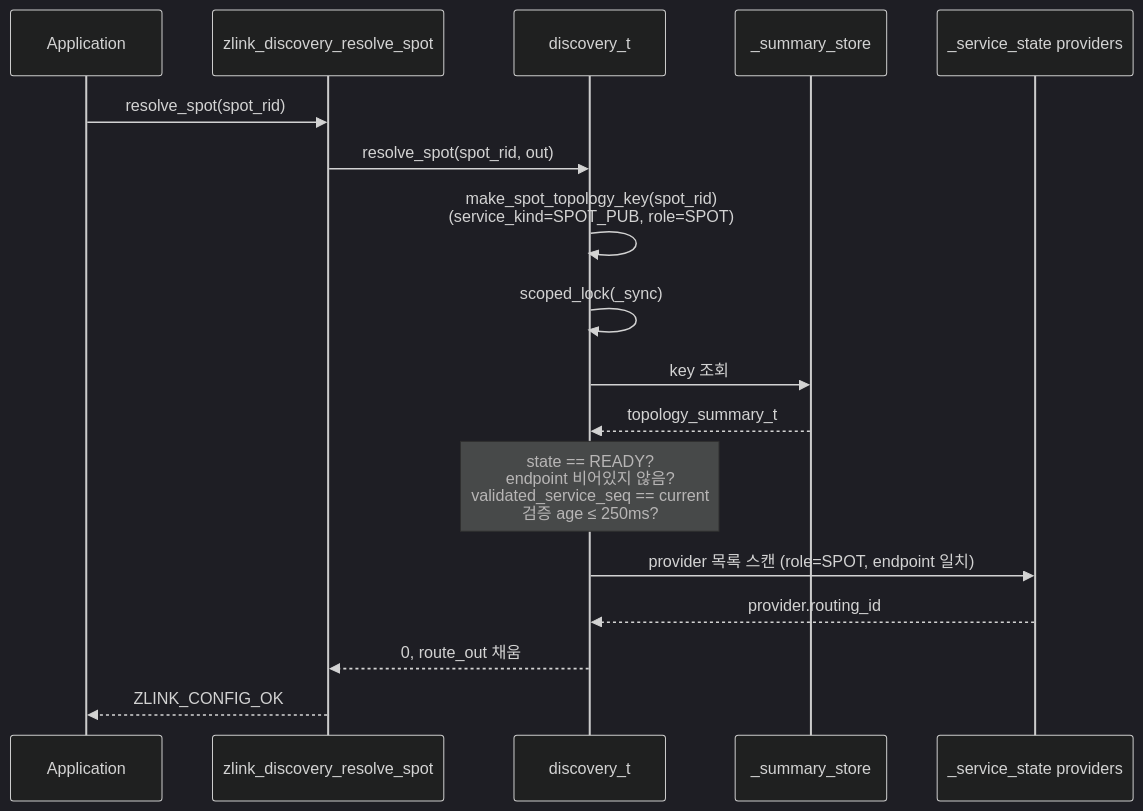
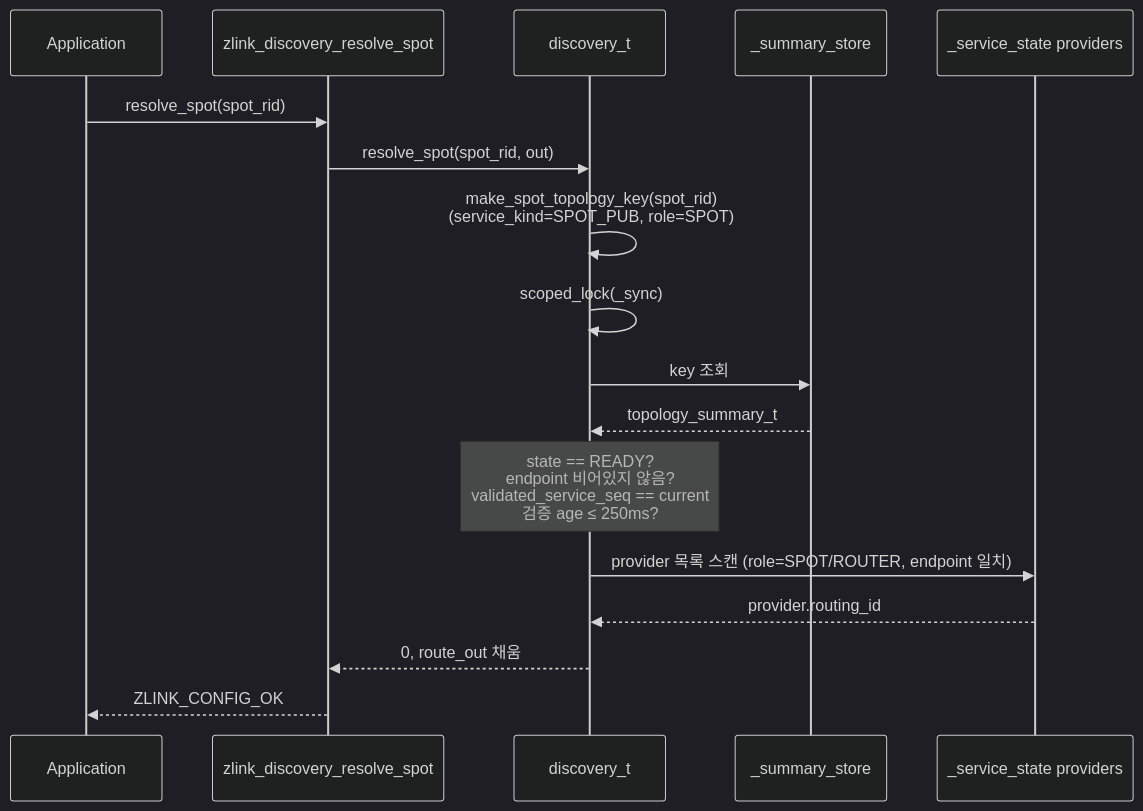
The ninth of 11 diagrams in core/doc/internals/discovery-internals.ko.md (kairos-code-dev/zlink), drawn with Mermaid (dark theme) before and after one commit. The commit also changed other lines of this file, not shown here.

First line of the commit message:
docs(core): discovery-internals.ko.md codex 리뷰 반영 — 프로토콜 프레임/owner role/actor fallback 정정

````diff
--- a/core/doc/internals/discovery-internals.ko.md
+++ b/core/doc/internals/discovery-internals.ko.md
@@ -359,20 +360,20 @@
 ```mermaid
 sequenceDiagram
     participant App as Application
     participant API as zlink_discovery_resolve_spot
     participant Disc as discovery_t
     participant Store as _summary_store
     participant Prov as _service_state providers
 
     App->>API: resolve_spot(spot_rid)
     API->>Disc: resolve_spot(spot_rid, out)
     Disc->>Disc: make_spot_topology_key(spot_rid)<br/>(service_kind=SPOT_PUB, role=SPOT)
     Disc->>Disc: scoped_lock(_sync)
     Disc->>Store: key 조회
     Store-->>Disc: topology_summary_t
     Note over Disc: state == READY?<br/>endpoint 비어있지 않음?<br/>validated_service_seq == current<br/>검증 age ≤ 250ms?
-    Disc->>Prov: provider 목록 스캔 (role=SPOT, endpoint 일치)
+    Disc->>Prov: provider 목록 스캔 (role=SPOT/ROUTER, endpoint 일치)
     Prov-->>Disc: provider.routing_id
     Disc-->>API: 0, route_out 채움
     API-->>App: ZLINK_CONFIG_OK
 ```
````
